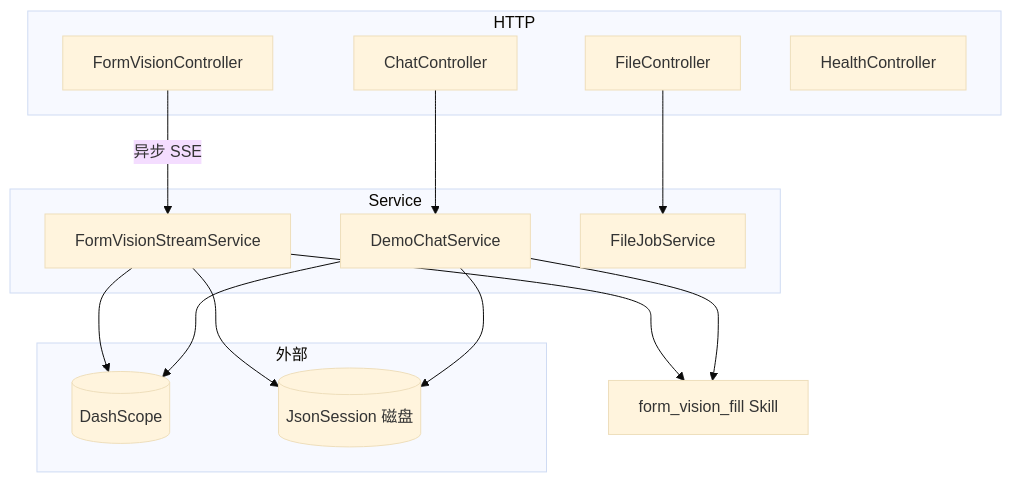
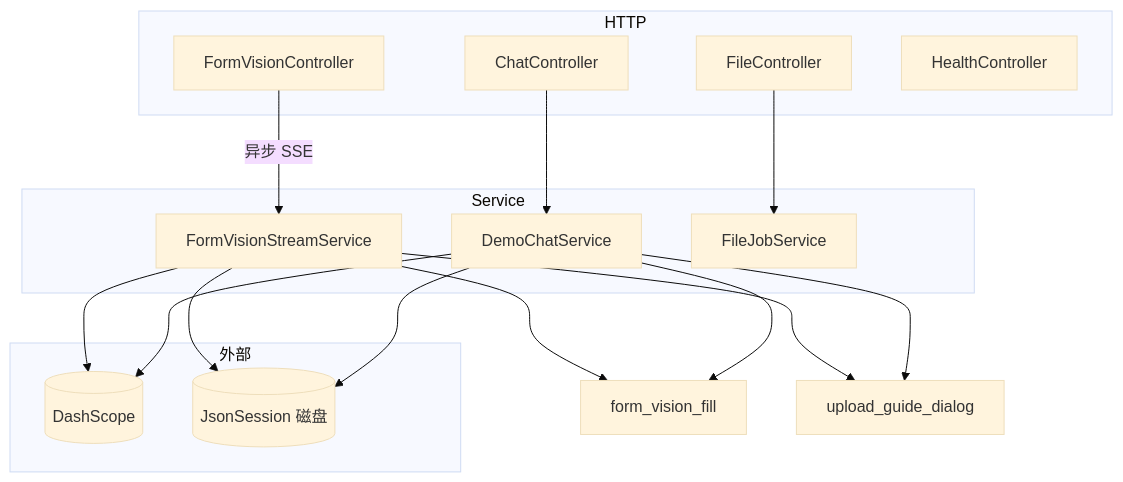
The diagram in src/main/java/io/agentscope/demo/app/README.md (qjli/mutilmodel), drawn with Mermaid (base theme) before and after one commit. The commit also changed other lines of this file and 178 other files, not shown here.

````diff
--- a/src/main/java/io/agentscope/demo/app/README.md
+++ b/src/main/java/io/agentscope/demo/app/README.md
@@ -29,27 +30,29 @@
 ```mermaid
 flowchart TB
   subgraph http [HTTP]
     FC[FormVisionController]
     CC[ChatController]
     FIC[FileController]
     HC[HealthController]
   end
   subgraph svc [Service]
     FVS[FormVisionStreamService]
     DCS[DemoChatService]
     FJS[FileJobService]
   end
   subgraph ext [外部]
     DS[(DashScope)]
     JS[(JsonSession 磁盘)]
   end
   FC -->|异步 SSE| FVS
   CC --> DCS
   FIC --> FJS
   FVS --> DS
   FVS --> JS
   DCS --> DS
   DCS --> JS
-  FVS --> SK[form_vision_fill Skill]
-  DCS --> SK
+  FVS --> SK1[form_vision_fill]
+  FVS --> SK2[upload_guide_dialog]
+  DCS --> SK1
+  DCS --> SK2
 ```
````
